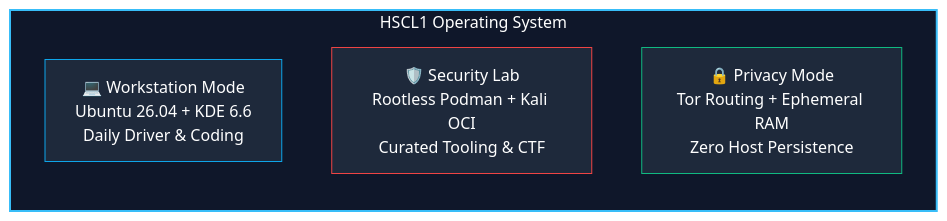
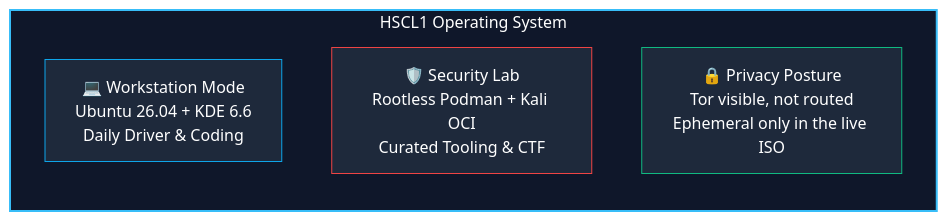
Before and after one commit to timfromhcs/HSCL1: the diagram in README.md, drawn with Mermaid. The commit also changed other lines of this file and 2 other files, not shown here.

Commit message:
docs: remove unverified Tor and Kali claims, correct the 4 GB misattribution

````diff
--- a/README.md
+++ b/README.md
@@ -145,13 +145,13 @@
 ```mermaid
 flowchart LR
     subgraph HSCL1["HSCL1 Operating System"]
         direction TB
         A["💻 Workstation Mode<br>Ubuntu 26.04 + KDE 6.6<br>Daily Driver & Coding"]
         B["🛡️ Security Lab<br>Rootless Podman + Kali OCI<br>Curated Tooling & CTF"]
-        C["🔒 Privacy Mode<br>Tor Routing + Ephemeral RAM<br>Zero Host Persistence"]
+        C["🔒 Privacy Posture<br>Tor visible, not routed<br>Ephemeral only in the live ISO"]
     end
     style HSCL1 fill:#0f172a,stroke:#38bdf8,stroke-width:2px,color:#fff
     style A fill:#1e293b,stroke:#0ea5e9,color:#fff
     style B fill:#1e293b,stroke:#ef4444,color:#fff
     style C fill:#1e293b,stroke:#10b981,color:#fff
 ```
````
